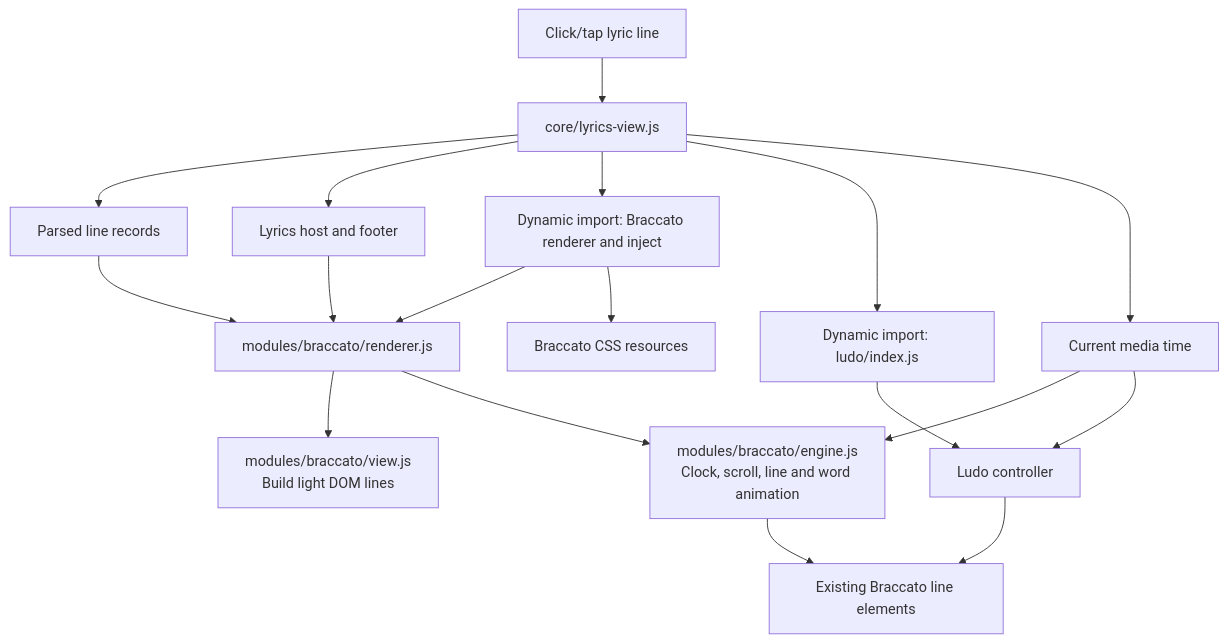
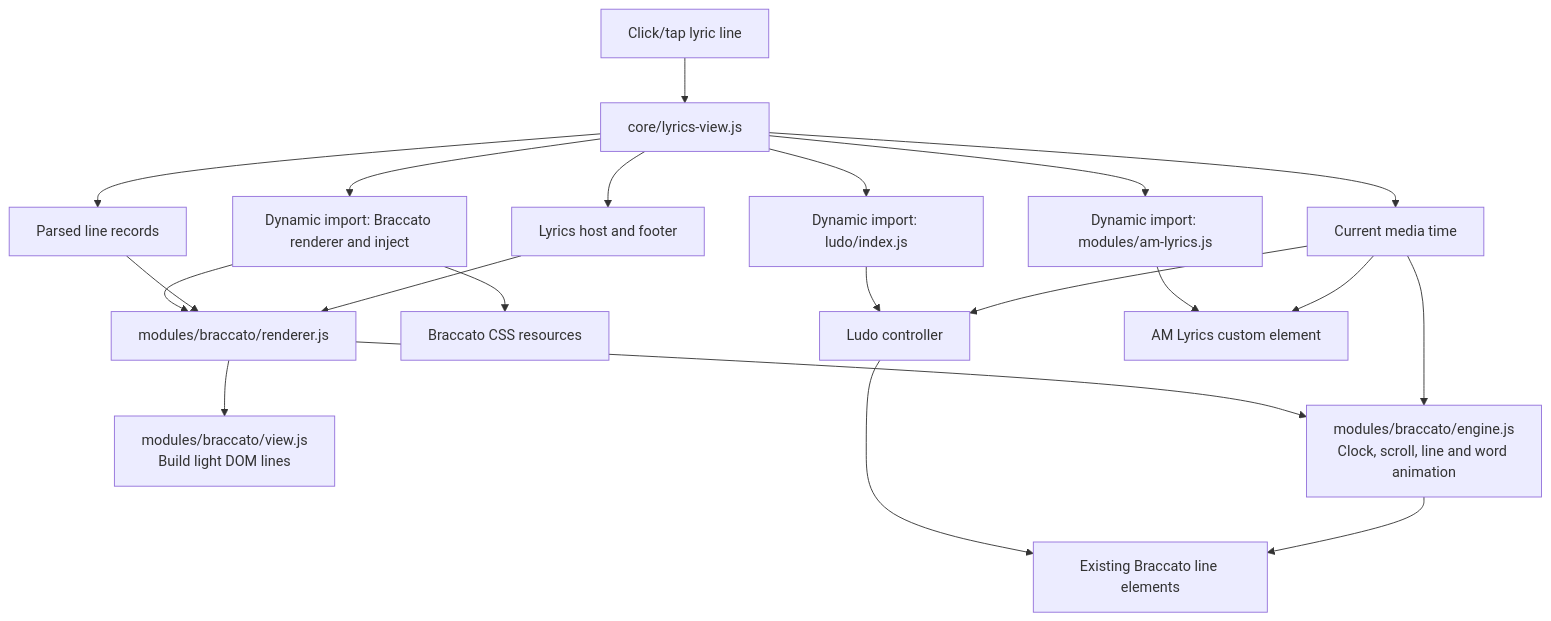
One commit to loop-mp3/loop changed the fifth of 6 diagrams in SKILL.md. Above: the diagram before and after it, drawn with Mermaid. The commit also changed other lines of this file and 11 other files, not shown here.

````diff
--- a/SKILL.md
+++ b/SKILL.md
@@ -320,20 +321,23 @@
 ```mermaid
 flowchart TD
     View["core/lyrics-view.js"] --> ParseData["Parsed line records"]
     View --> Host["Lyrics host and footer"]
     View --> BraccatoImport["Dynamic import: Braccato renderer and inject"]
     BraccatoImport --> BraccatoRenderer["modules/braccato/renderer.js"]
     BraccatoRenderer --> BraccatoView["modules/braccato/view.js\nBuild light DOM lines"]
     BraccatoRenderer --> BraccatoEngine["modules/braccato/engine.js\nClock, scroll, line and word animation"]
     BraccatoImport --> BraccatoStyles["Braccato CSS resources"]
     ParseData --> BraccatoRenderer
     Host --> BraccatoRenderer
     View --> LudoImport["Dynamic import: ludo/index.js"]
     LudoImport --> LudoController["Ludo controller"]
+    View --> AmImport["Dynamic import: modules/am-lyrics.js"]
+    AmImport --> AmRenderer["AM Lyrics custom element"]
     LudoController --> ExistingLines["Existing Braccato line elements"]
     BraccatoEngine --> ExistingLines
     Media["Current media time"] --> BraccatoEngine
     Media --> LudoController
+    Media --> AmRenderer
     Seek["Click/tap lyric line"] --> View
     View --> Media
 ```
````
